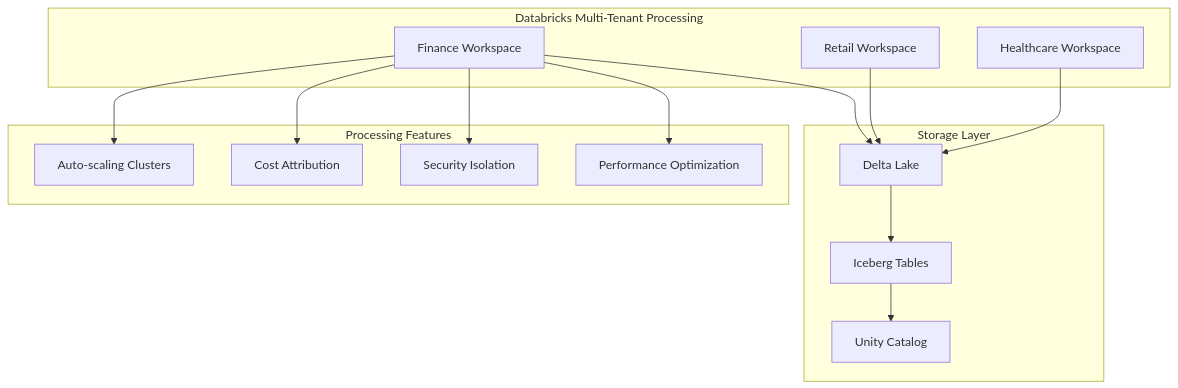
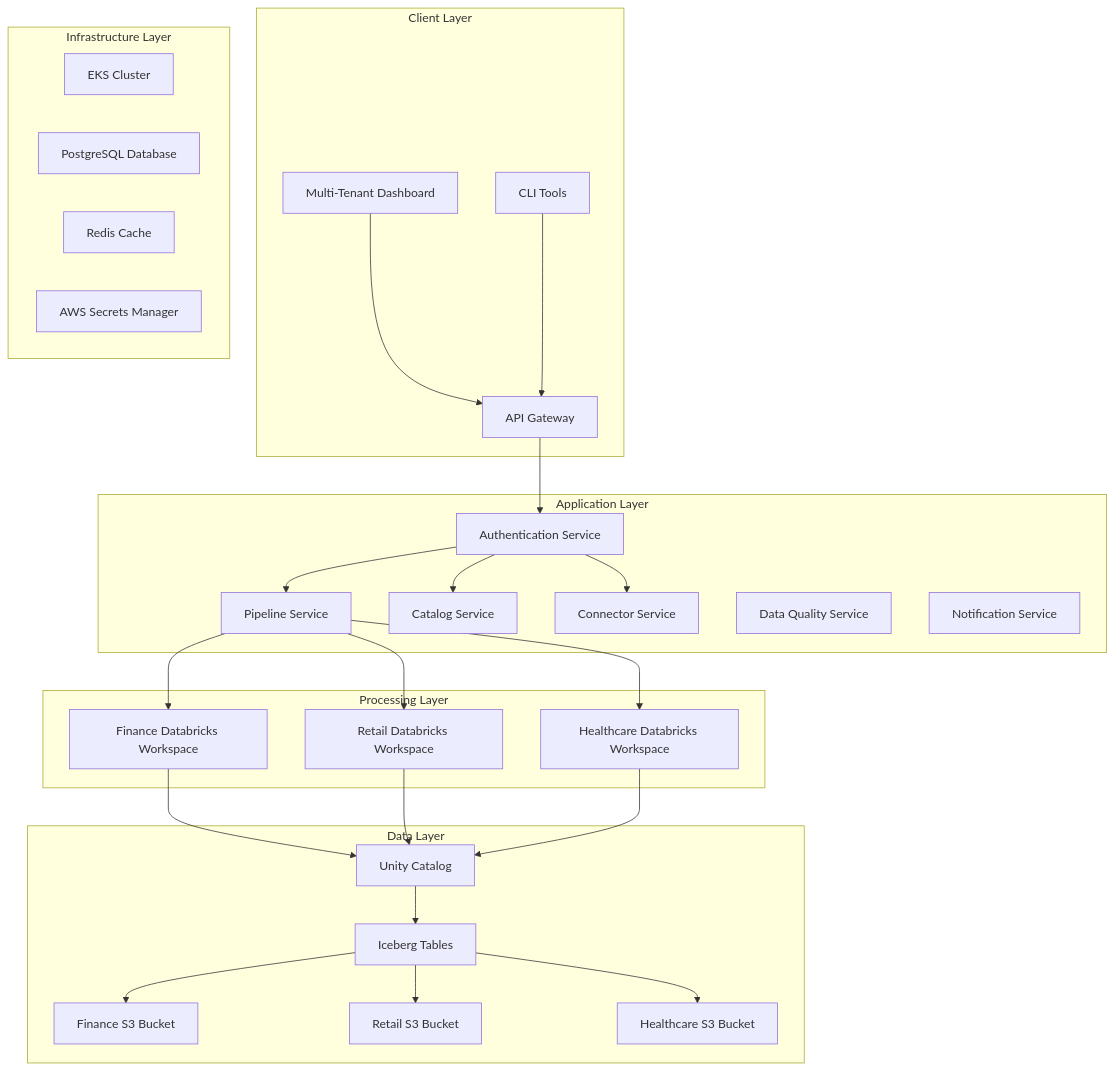
One commit to anurag-v-naik/multi-tenant-ingestion changed the first of 4 diagrams in ARCHITECTURE.md. Above: the diagram before and after it, drawn with Mermaid. The commit also changed other lines of this file and 17 other files, not shown here.

````diff
--- a/ARCHITECTURE.md
+++ b/ARCHITECTURE.md
@@ -136,27 +29,55 @@
 ```mermaid
 graph TB
-    subgraph "Databricks Multi-Tenant Processing"
-        DW1[Finance Workspace]
-        DW2[Retail Workspace]
-        DW3[Healthcare Workspace]
+    subgraph "Client Layer"
+        UI[Multi-Tenant Dashboard]
+        API_GW[API Gateway]
+        CLI[CLI Tools]
     end
     
-    subgraph "Processing Features"
-        DW1 --> PF1[Auto-scaling Clusters]
-        DW1 --> PF2[Cost Attribution]
-        DW1 --> PF3[Security Isolation]
-        DW1 --> PF4[Performance Optimization]
+    subgraph "Application Layer"
+        AUTH[Authentication Service]
+        PIPELINE[Pipeline Service]
+        CATALOG[Catalog Service]
+        CONNECTOR[Connector Service]
+        DQ[Data Quality Service]
+        NOTIFY[Notification Service]
     end
     
-    subgraph "Storage Layer"
-        DL[Delta Lake]
-        IT[Iceberg Tables]
-        UC[Unity Catalog]
+    subgraph "Processing Layer"
+        DB_FINANCE[Finance Databricks Workspace]
+        DB_RETAIL[Retail Databricks Workspace]
+        DB_HEALTH[Healthcare Databricks Workspace]
     end
     
-    DW1 --> DL
-    DW2 --> DL
-    DW3 --> DL
-    DL --> IT
-    IT --> UC
+    subgraph "Data Layer"
+        UC[Unity Catalog]
+        ICEBERG[Iceberg Tables]
+        S3_FINANCE[Finance S3 Bucket]
+        S3_RETAIL[Retail S3 Bucket]
+        S3_HEALTH[Healthcare S3 Bucket]
+    end
+    
+    subgraph "Infrastructure Layer"
+        EKS[EKS Cluster]
+        RDS[PostgreSQL Database]
+        REDIS[Redis Cache]
+        SECRETS[AWS Secrets Manager]
+    end
+    
+    UI --> API_GW
+    CLI --> API_GW
+    API_GW --> AUTH
+    AUTH --> PIPELINE
+    AUTH --> CATALOG
+    AUTH --> CONNECTOR
+    PIPELINE --> DB_FINANCE
+    PIPELINE --> DB_RETAIL
+    PIPELINE --> DB_HEALTH
+    DB_FINANCE --> UC
+    DB_RETAIL --> UC
+    DB_HEALTH --> UC
+    UC --> ICEBERG
+    ICEBERG --> S3_FINANCE
+    ICEBERG --> S3_RETAIL
+    ICEBERG --> S3_HEALTH
 ```
````
